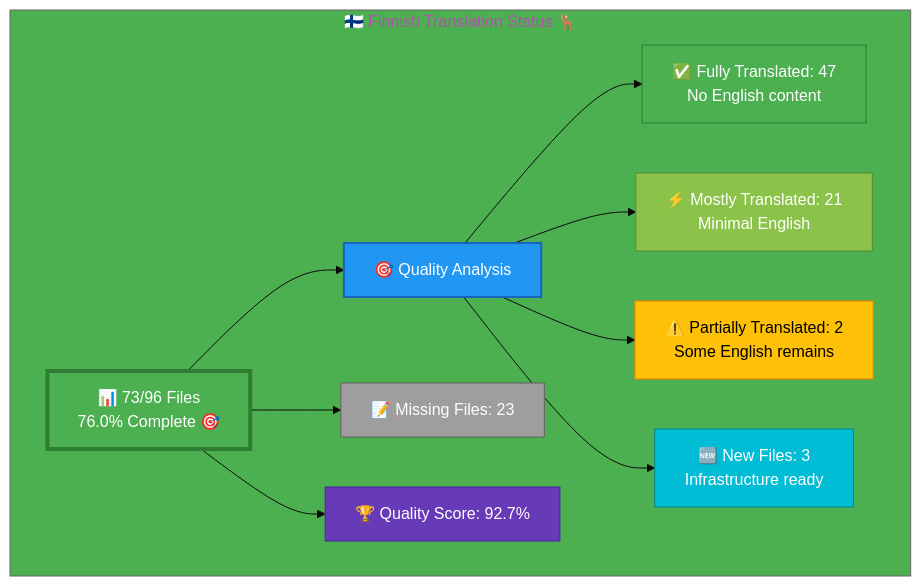
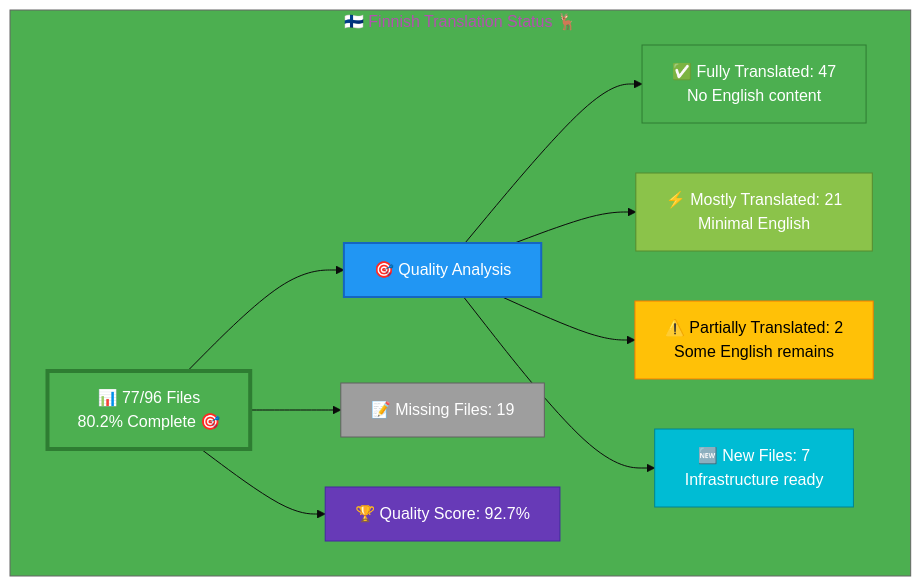
Before and after one commit to Hack23/homepage: the diagram in Finnish-Translation-Status.md, drawn with Mermaid. The commit also changed other lines of this file, not shown here.

````diff
--- a/Finnish-Translation-Status.md
+++ b/Finnish-Translation-Status.md
@@ -12,26 +12,26 @@
 ```mermaid
 %%{init: {'theme':'base', 'themeVariables': {'primaryColor':'#F57C00','secondaryColor':'#2196F3','tertiaryColor':'#4CAF50','fontSize':'16px'}}}%%
 graph TB
     subgraph "🇫🇮 Finnish Translation Status 🦌"
-        A["📊 73/96 Files<br/>76.0% Complete 🎯"]
+        A["📊 77/96 Files<br/>80.2% Complete 🎯"]
         
         A --> B["🎯 Quality Analysis"]
         B --> C["✅ Fully Translated: 47<br/>No English content"]
         B --> D["⚡ Mostly Translated: 21<br/>Minimal English"]
         B --> E["⚠️  Partially Translated: 2<br/>Some English remains"]
-        B --> F["🆕 New Files: 3<br/>Infrastructure ready"]
+        B --> F["🆕 New Files: 7<br/>Infrastructure ready"]
         
-        A --> G["📝 Missing Files: 23"]
+        A --> G["📝 Missing Files: 19"]
         
         A --> H["🏆 Quality Score: 92.7%"]
         
         style A fill:#4CAF50,stroke:#2E7D32,color:#fff,stroke-width:4px
         style B fill:#2196F3,stroke:#1565C0,color:#fff,stroke-width:2px
         style C fill:#4CAF50,stroke:#2E7D32,color:#fff
         style D fill:#8BC34A,stroke:#558B2F,color:#fff
         style E fill:#FFC107,stroke:#F57C00,color:#000
         style F fill:#00BCD4,stroke:#00838F,color:#fff
         style G fill:#9E9E9E,stroke:#616161,color:#fff
         style H fill:#673AB7,stroke:#4527A0,color:#fff
     end
 ```
````
